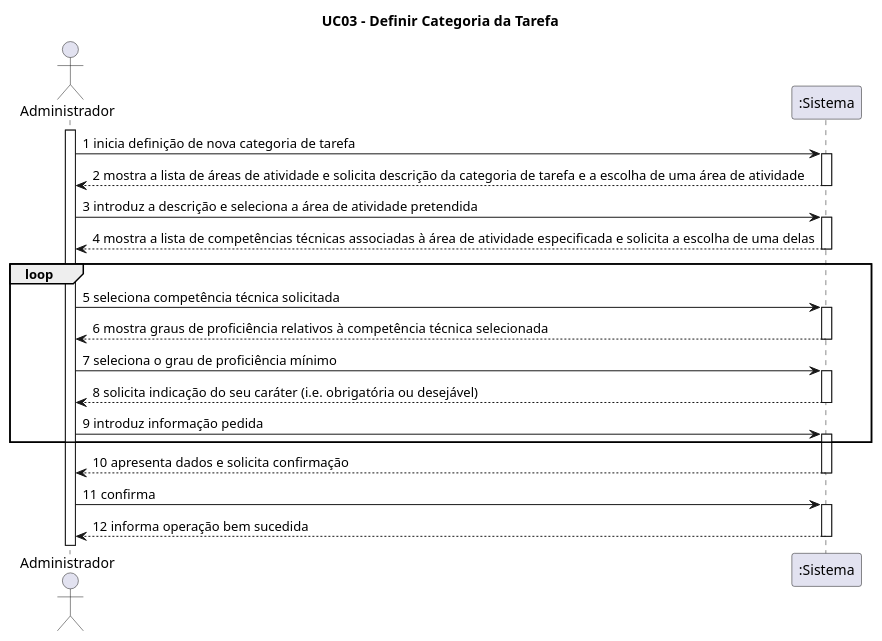
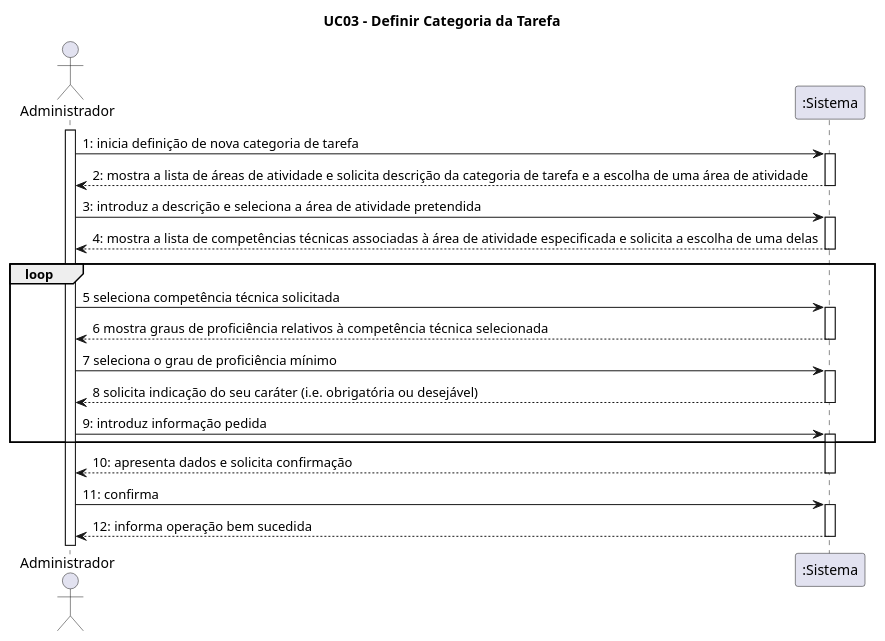
The diagram in Sprint 2/UC03_Definir_Categoria_Tarefa/UC03_Definir_Categoria_Tarefa.wsd (blestonbandeiraUPSKILL/upskill_java1_labprg_grupo2), drawn with PlantUML before and after one commit. The commit also changed 3 other files, not shown here.

```diff
--- a/Sprint 2/UC03_Definir_Categoria_Tarefa/UC03_Definir_Categoria_Tarefa.wsd
+++ b/Sprint 2/UC03_Definir_Categoria_Tarefa/UC03_Definir_Categoria_Tarefa.wsd
@@ -1,47 +1,49 @@
 @startuml
 
 title UC03 - Definir Categoria da Tarefa
 
 actor Administrador
+participant ":Sistema" as Sistema 
+
 activate Administrador
 
-Administrador -> ":Sistema" : 1 inicia definição de nova categoria de tarefa
-activate ":Sistema"
+Administrador -> Sistema: 1: inicia definição de nova categoria de tarefa
+activate Sistema
 
-":Sistema" --> Administrador: 2 mostra a lista de áreas de atividade e solicita descrição da categoria de tarefa e a escolha de uma área de atividade
-deactivate ":Sistema"
+Sistema --> Administrador: 2: mostra a lista de áreas de atividade e solicita descrição da categoria de tarefa e a escolha de uma área de atividade
+deactivate Sistema
 
-Administrador -> ":Sistema": 3 introduz a descrição e seleciona a área de atividade pretendida
-activate ":Sistema"
+Administrador -> Sistema: 3: introduz a descrição e seleciona a área de atividade pretendida
+activate Sistema
 
-":Sistema" --> Administrador: 4 mostra a lista de competências técnicas associadas à área de atividade especificada e solicita a escolha de uma delas
-deactivate ":Sistema"
+Sistema --> Administrador: 4: mostra a lista de competências técnicas associadas à área de atividade especificada e solicita a escolha de uma delas
+deactivate Sistema
 
 loop
 
-Administrador -> ":Sistema": 5 seleciona competência técnica solicitada
-activate ":Sistema"
+Administrador -> Sistema: 5 seleciona competência técnica solicitada
+activate Sistema
 
-":Sistema" --> Administrador: 6 mostra graus de proficiência relativos à competência técnica selecionada
-deactivate ":Sistema"
+Sistema --> Administrador: 6 mostra graus de proficiência relativos à competência técnica selecionada
+deactivate Sistema
 
-Administrador -> ":Sistema": 7 seleciona o grau de proficiência mínimo
-activate ":Sistema"
+Administrador -> Sistema: 7 seleciona o grau de proficiência mínimo
+activate Sistema
 
-":Sistema" --> Administrador: 8 solicita indicação do seu caráter (i.e. obrigatória ou desejável)
-deactivate ":Sistema"
+Sistema --> Administrador: 8 solicita indicação do seu caráter (i.e. obrigatória ou desejável)
+deactivate Sistema
 
-Administrador -> ":Sistema": 9 introduz informação pedida
-activate ":Sistema"
+Administrador -> Sistema: 9: introduz informação pedida
+activate Sistema
 
 end
 
-":Sistema" --> Administrador: 10 apresenta dados e solicita confirmação
-deactivate ":Sistema"
+Sistema --> Administrador: 10: apresenta dados e solicita confirmação
+deactivate Sistema
 
-Administrador -> ":Sistema": 11 confirma
-activate ":Sistema"
+Administrador -> Sistema: 11: confirma
+activate Sistema
 
-":Sistema" --> Administrador: 12 informa operação bem sucedida
-deactivate ":Sistema"
+Sistema --> Administrador: 12: informa operação bem sucedida
+deactivate Sistema
 @enduml
```
